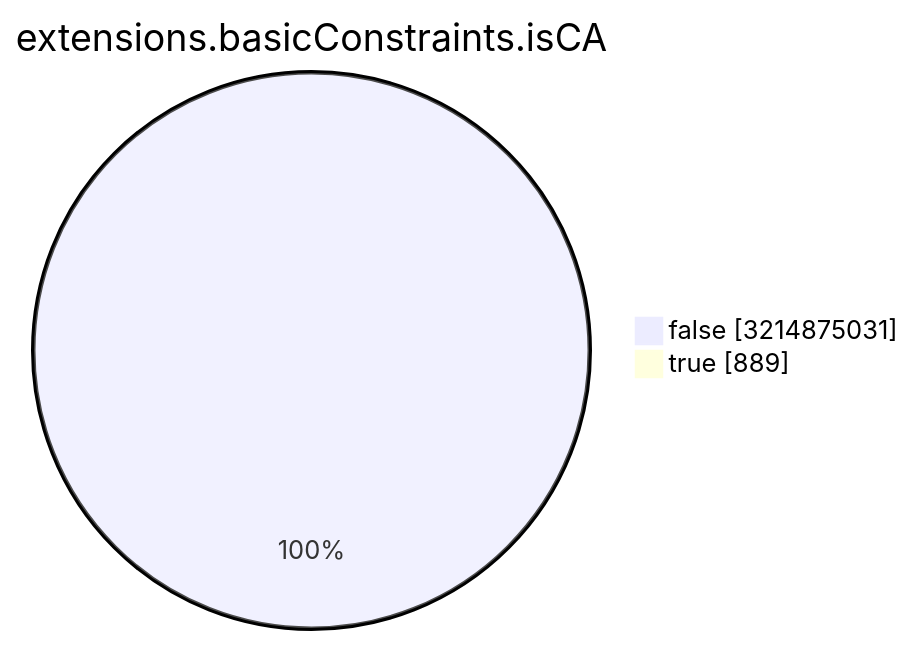
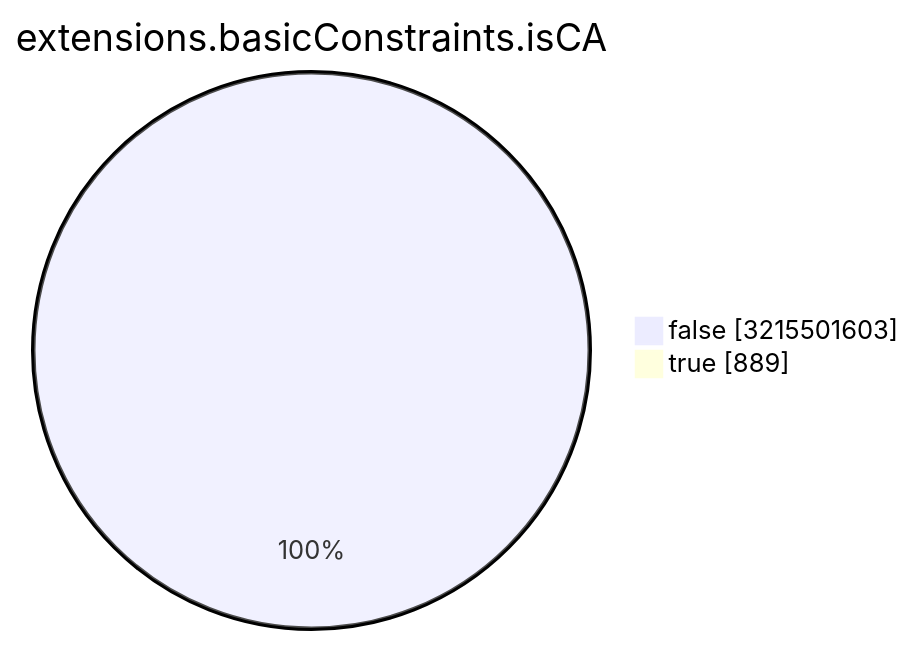
One commit to christiankrug/ctmonitor_visualization changed the seventh of 15 diagrams in TOTAL/README.md. Above: the diagram before and after it, drawn with Mermaid. The commit also changed other lines of this file, not shown here.

````diff
--- a/TOTAL/README.md
+++ b/TOTAL/README.md
@@ -3088,6 +3088,6 @@
 ```mermaid
 pie showData
 title extensions.basicConstraints.isCA
-"false" :3214875031
+"false" :3215501603
 "true" :889
 ```
````
